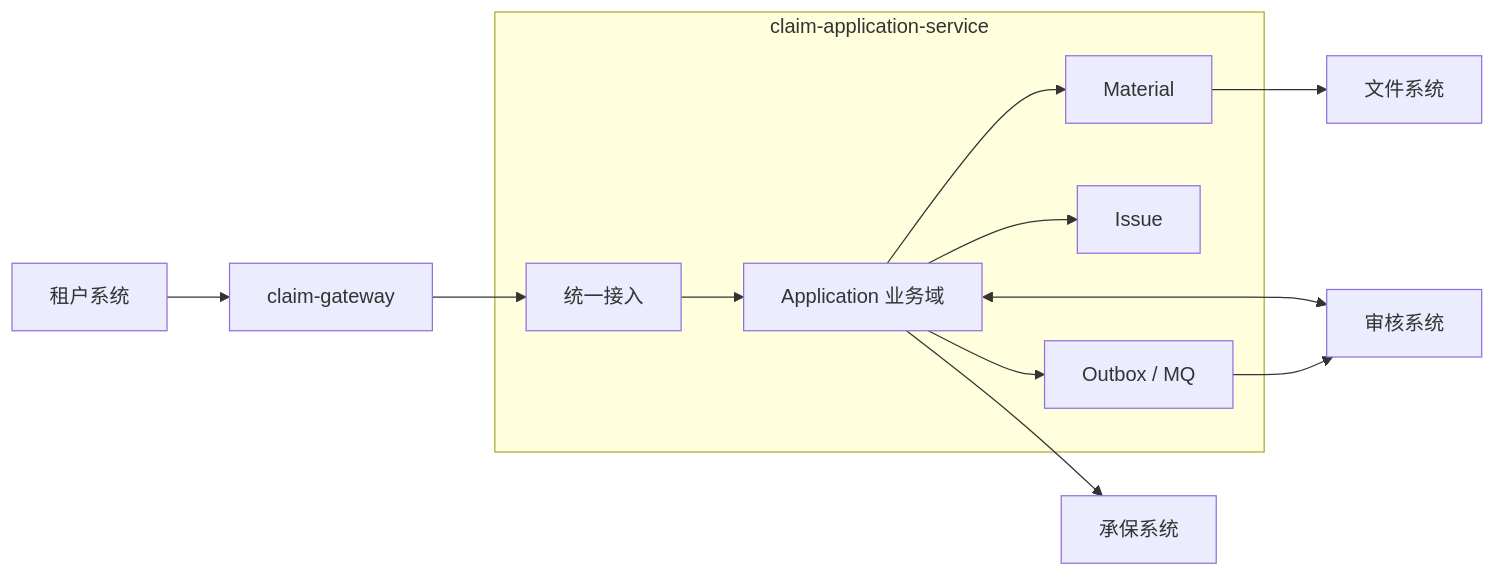
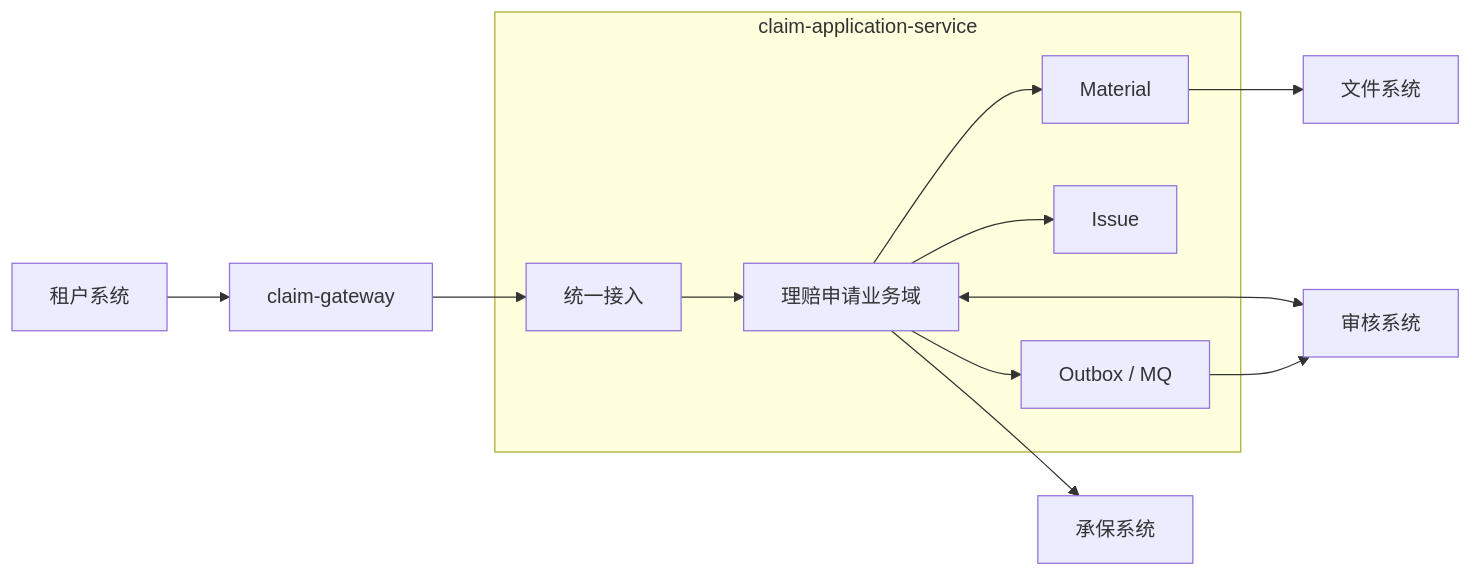
The first of 10 diagrams in docs/architecture/claim-application-architecture.md (wangguangwu/claim-integration-platform), drawn with Mermaid before and after one commit. The commit also changed other lines of this file and 299 other files, not shown here.

````diff
--- a/docs/architecture/claim-application-architecture.md
+++ b/docs/architecture/claim-application-architecture.md
@@ -51,26 +51,26 @@
 ```mermaid
 flowchart LR
     TENANT["租户系统"] --> GATEWAY["claim-gateway"]
 
     subgraph APPLICATION["claim-application-service"]
         ACCESS["统一接入"]
-        APP["Application 业务域"]
+        APP["理赔申请业务域"]
         MATERIAL["Material"]
         ISSUE["Issue"]
         OUTBOX["Outbox / MQ"]
     end
 
     FILE["文件系统"]
     INSURED["承保系统"]
     AUDIT["审核系统"]
 
     GATEWAY --> ACCESS
     ACCESS --> APP
     APP --> MATERIAL
     APP --> ISSUE
     APP --> OUTBOX
     MATERIAL --> FILE
     APP --> INSURED
     APP <--> AUDIT
     OUTBOX --> AUDIT
 ```
````
